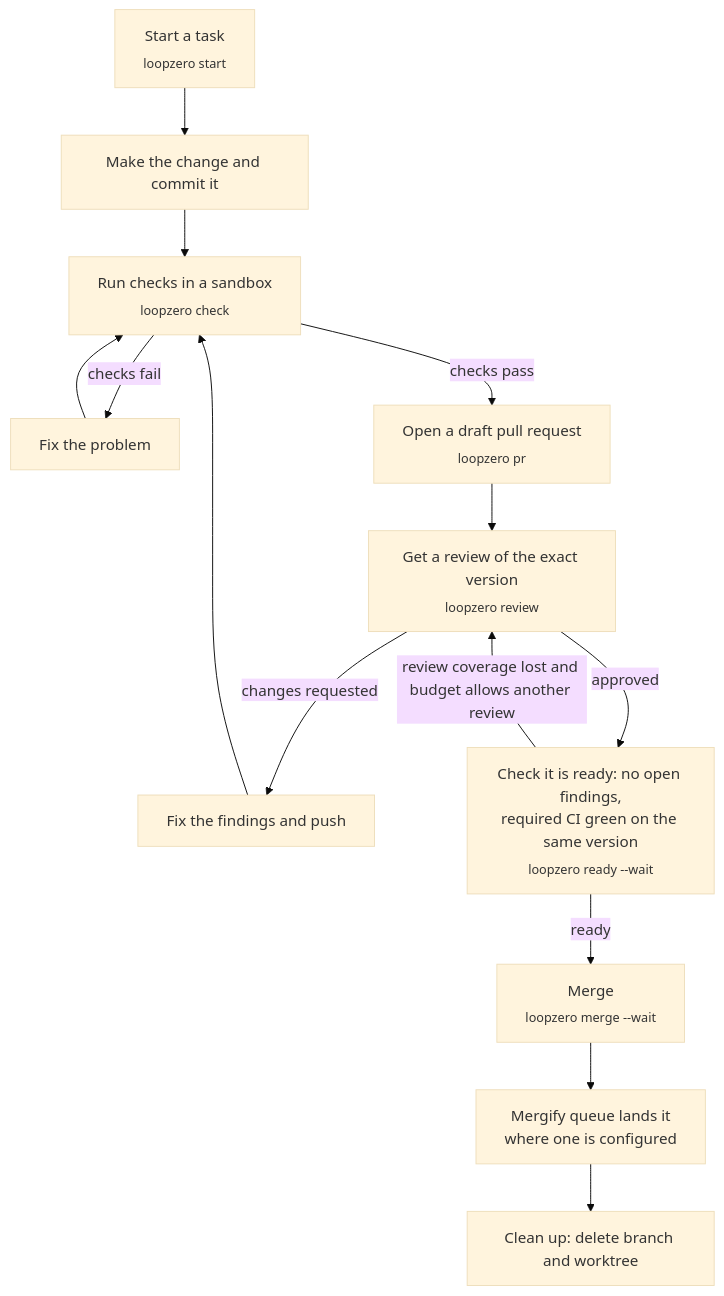
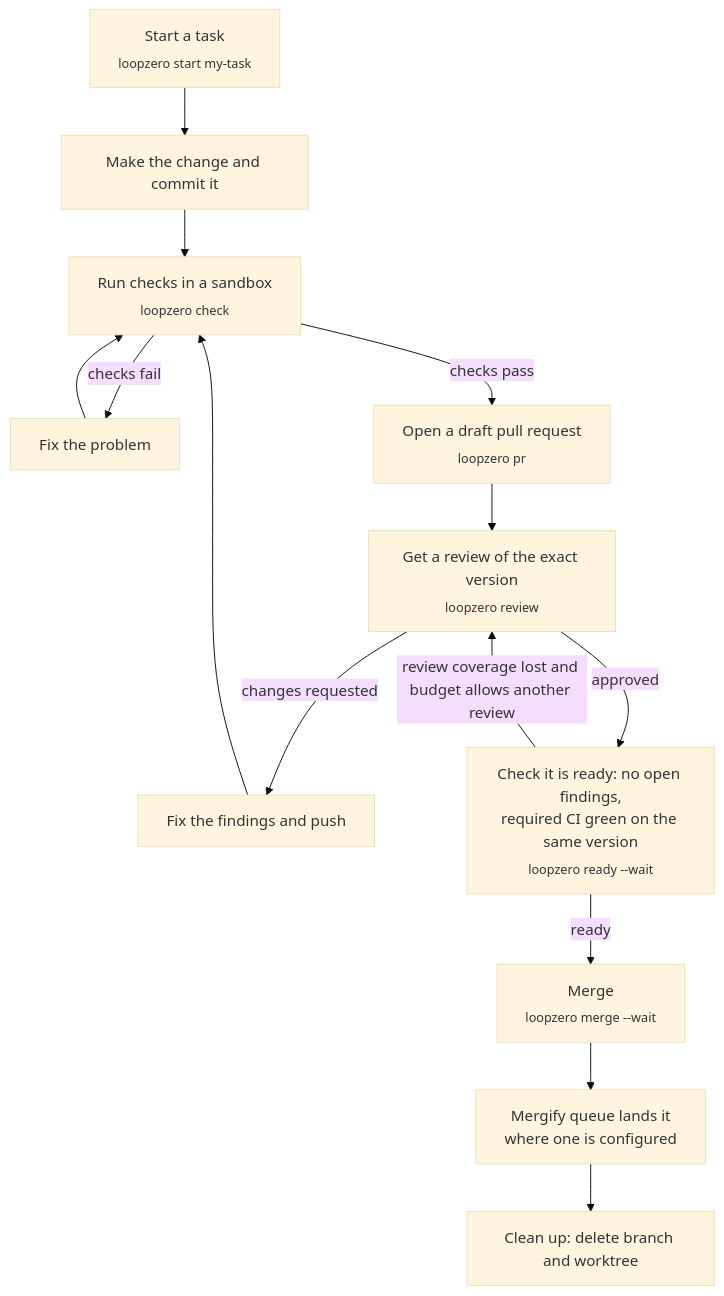
Before and after one commit to feder-positronics/loop-zero: the first of 3 diagrams in docs/WORKFLOW.md, drawn with Mermaid (base theme).

Commit message:
Show a task slug in the workflow diagram
Architecture-Review: unchanged; the diagram now supplies the already-required start argument without changing the CLI or worktree lifecycle.

````diff
--- a/docs/WORKFLOW.md
+++ b/docs/WORKFLOW.md
@@ -9,16 +9,16 @@
 ```mermaid
 flowchart TD
-    A["Start a task<br/><sub>loopzero start</sub>"] --> B["Make the change and commit it"]
+    A["Start a task<br/><sub>loopzero start my-task</sub>"] --> B["Make the change and commit it"]
     B --> C["Run checks in a sandbox<br/><sub>loopzero check</sub>"]
     C -->|checks fail| D["Fix the problem"]
     D --> C
     C -->|checks pass| E["Open a draft pull request<br/><sub>loopzero pr</sub>"]
     E --> F["Get a review of the exact version<br/><sub>loopzero review</sub>"]
     F -->|changes requested| G["Fix the findings and push"]
     G --> C
     F -->|approved| H["Check it is ready: no open findings,<br/>required CI green on the same version<br/><sub>loopzero ready --wait</sub>"]
     H -->|review coverage lost and budget allows another review| F
     H -->|ready| I["Merge<br/><sub>loopzero merge --wait</sub>"]
     I --> J["Mergify queue lands it<br/>where one is configured"]
     J --> K["Clean up: delete branch and worktree"]
 ```
````
